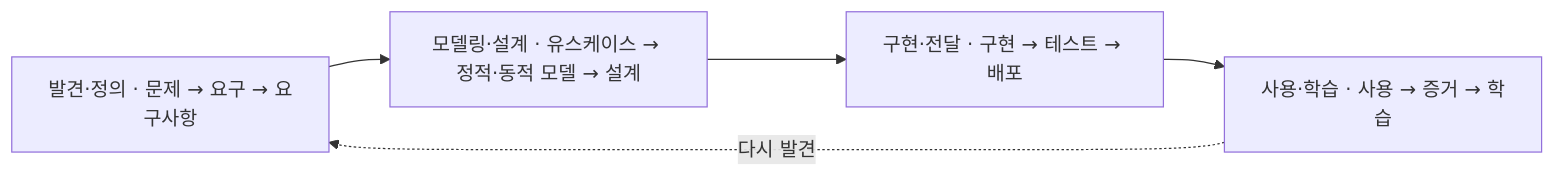
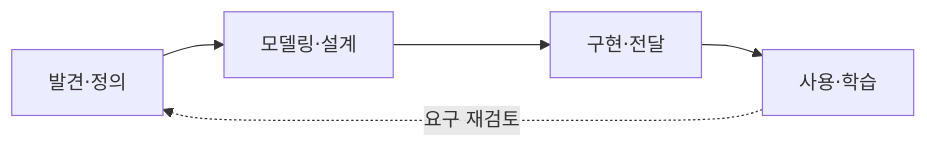
Before and after one commit to YoungSan77/TrainingMaterials: diagram 16 of 16 in courses/ooad/sessions/s02.md, drawn with Mermaid. The commit also changed other lines of this file and 10 other files, not shown here.

````diff
--- a/courses/ooad/sessions/s02.md
+++ b/courses/ooad/sessions/s02.md
@@ -1044,9 +1389,5 @@
 ```mermaid
 flowchart LR
-    A["발견·정의 · 문제 → 요구 → 요구사항"]
-    B["모델링·설계 · 유스케이스 → 정적·동적 모델 → 설계"]
-    C["구현·전달 · 구현 → 테스트 → 배포"]
-    D["사용·학습 · 사용 → 증거 → 학습"]
-    A --> B --> C --> D
-    D -. 다시 발견 .-> A
+    A["발견·정의"] --> B["모델링·설계"] --> C["구현·전달"] --> D["사용·학습"]
+    D -. 요구 재검토 .-> A
 ```
````
